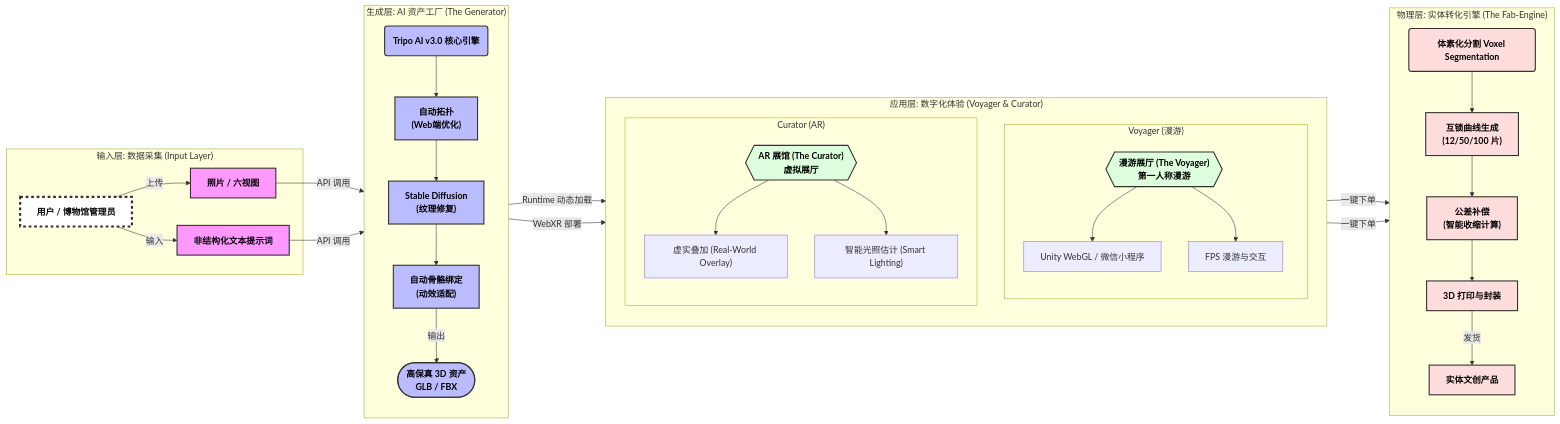
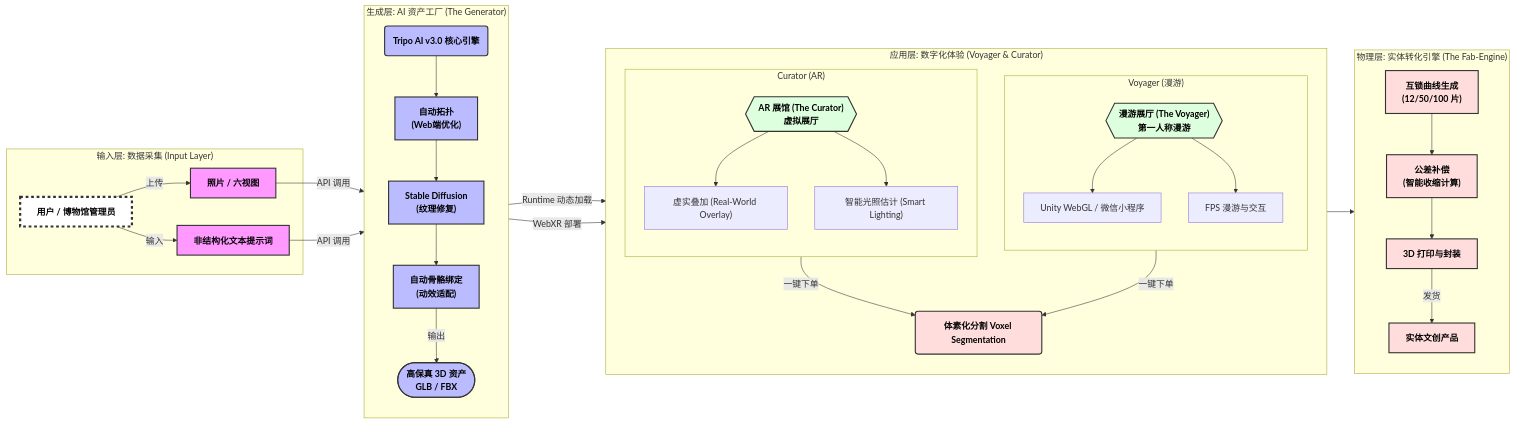
Before and after one commit to mayouer123456/Boundless_Treasures_BP: the diagram in Architecture_Diagram_Boundless_Treasures.md, drawn with Mermaid.

Commit message:
Strictly enforce vertical layout in Physical Layer

````diff
--- a/Architecture_Diagram_Boundless_Treasures.md
+++ b/Architecture_Diagram_Boundless_Treasures.md
@@ -5,75 +5,79 @@
 ```mermaid
 graph LR
     %% 定义样式
     classDef input fill:#f9f,stroke:#333,stroke-width:2px,color:black,font-weight:bold;
     classDef core fill:#bbf,stroke:#333,stroke-width:2px,color:black,font-weight:bold;
     classDef app fill:#dfd,stroke:#333,stroke-width:2px,color:black,font-weight:bold;
     classDef physical fill:#fdd,stroke:#333,stroke-width:2px,color:black,font-weight:bold;
     classDef user fill:#fff,stroke:#333,stroke-width:4px,stroke-dasharray: 5 5,color:black,font-weight:bold;
 
     subgraph Input_Layer ["输入层: 数据采集 (Input Layer)"]
         A1[用户 / 博物馆管理员]:::user
         A2[照片 / 六视图]:::input
         A3[非结构化文本提示词]:::input
         A1 -->|上传| A2
         A1 -->|输入| A3
     end
 
     subgraph Core_Layer ["生成层: AI 资产工厂 (The Generator)"]
         direction TB
         B1(Tripo AI v3.0 核心引擎):::core
         B2["自动拓扑<br/>(Web端优化)"]:::core
         B3["Stable Diffusion<br/>(纹理修复)"]:::core
         B4["自动骨骼绑定<br/>(动效适配)"]:::core
         
         A2 & A3 -->|API 调用| B1
         B1 --> B2
         B2 --> B3
         B3 --> B4
         B4 -->|输出| B5(["高保真 3D 资产 <br/>GLB / FBX"]):::core
     end
 
     subgraph Application_Layer ["应用层: 数字化体验 (Voyager & Curator)"]
         direction TB
         
         subgraph Voyager_Zone ["Voyager (漫游)"]
             direction TB
             C1{{"漫游展厅 (The Voyager)<br/>第一人称漫游"}}:::app
             C1_F1["Unity WebGL / 微信小程序"]
             C1_F2["FPS 漫游与交互"]
             C1 --> C1_F1
             C1 --> C1_F2
         end
 
         subgraph Curator_Zone ["Curator (AR)"]
             direction TB
             C2{{"AR 展馆 (The Curator)<br/>虚拟展厅"}}:::app
             C2_F1["虚实叠加 (Real-World Overlay)"]
             C2_F2["智能光照估计 (Smart Lighting)"]
             C2 --> C2_F1
             C2 --> C2_F2
         end
-        
+
+        %% Connections from Generator
         B5 -->|Runtime 动态加载| C1
         B5 -->|WebXR 部署| C2
+
+        %% Connections to Physical Layer (moved outside to prevent layout locking)
+        C1 -->|一键下单| D1
+        C2 -->|一键下单| D1
     end
 
     subgraph Physical_Layer ["物理层: 实体转化引擎 (The Fab-Engine)"]
         direction TB
+        %% Force Vertical Stack mechanism
         D1("体素化分割 Voxel Segmentation"):::physical
         D2["互锁曲线生成<br/>(12/50/100 片)"]:::physical
         D3["公差补偿<br/>(智能收缩计算)"]:::physical
         D4["3D 打印与封装"]:::physical
         E1["实体文创产品"]:::physical
         
-        C1 -->|一键下单| D1
-        C2 -->|一键下单| D1
-        
+        %% Linear Vertical Connection
         D1 --> D2
         D2 --> D3
         D3 --> D4
         D4 -->|发货| E1
     end
 
 
 ```
````
